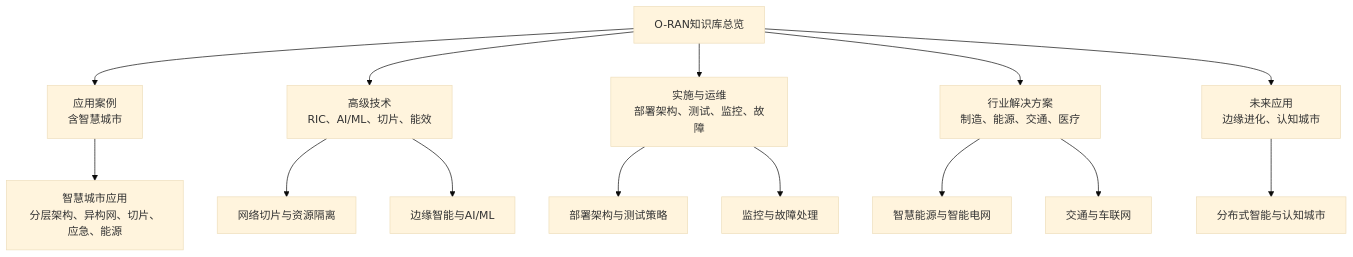
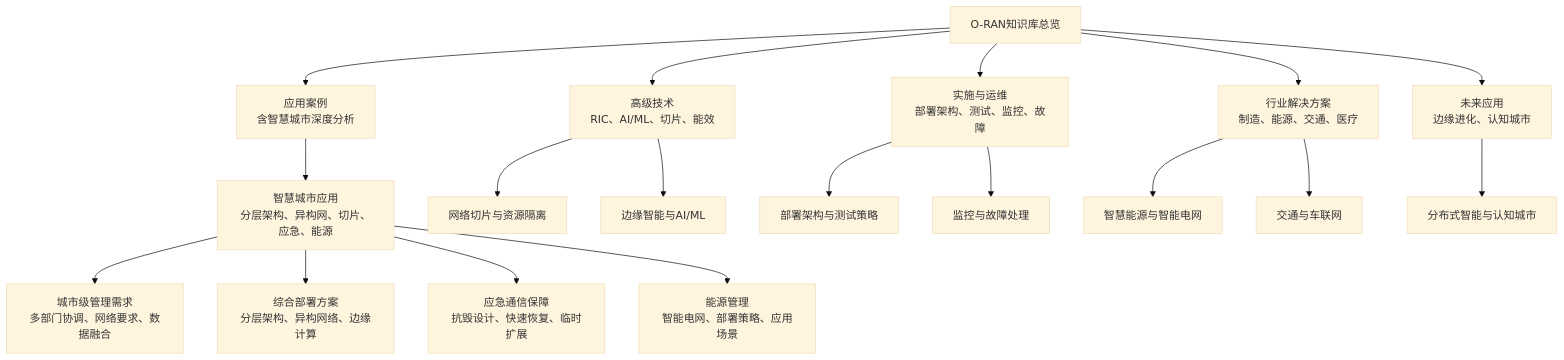
The first of 6 diagrams in .qoder/repowiki/zh/content/应用场景/智慧城市应用.md (allengaller/oran-database), drawn with Mermaid (base theme) before and after one commit. The commit also changed other lines of this file and 32 other files, not shown here.

````diff
--- a/.qoder/repowiki/zh/content/应用场景/智慧城市应用.md
+++ b/.qoder/repowiki/zh/content/应用场景/智慧城市应用.md
@@ -34,16 +51,20 @@
 ```mermaid
 graph TB
-A["O-RAN知识库总览"] --> B["应用案例<br/>含智慧城市"]
+A["O-RAN知识库总览"] --> B["应用案例<br/>含智慧城市深度分析"]
 A --> C["高级技术<br/>RIC、AI/ML、切片、能效"]
 A --> D["实施与运维<br/>部署架构、测试、监控、故障"]
 A --> E["行业解决方案<br/>制造、能源、交通、医疗"]
 A --> F["未来应用<br/>边缘进化、认知城市"]
 B --> B1["智慧城市应用<br/>分层架构、异构网、切片、应急、能源"]
+B1 --> B1a["城市级管理需求<br/>多部门协调、网络要求、数据融合"]
+B1 --> B1b["综合部署方案<br/>分层架构、异构网络、边缘计算"]
+B1 --> B1c["应急通信保障<br/>抗毁设计、快速恢复、临时扩展"]
+B1 --> B1d["能源管理<br/>智能电网、部署策略、应用场景"]
 C --> C1["网络切片与资源隔离"]
 C --> C2["边缘智能与AI/ML"]
 D --> D1["部署架构与测试策略"]
 D --> D2["监控与故障处理"]
 E --> E1["智慧能源与智能电网"]
 E --> E2["交通与车联网"]
 F --> F1["分布式智能与认知城市"]
 ```
````
